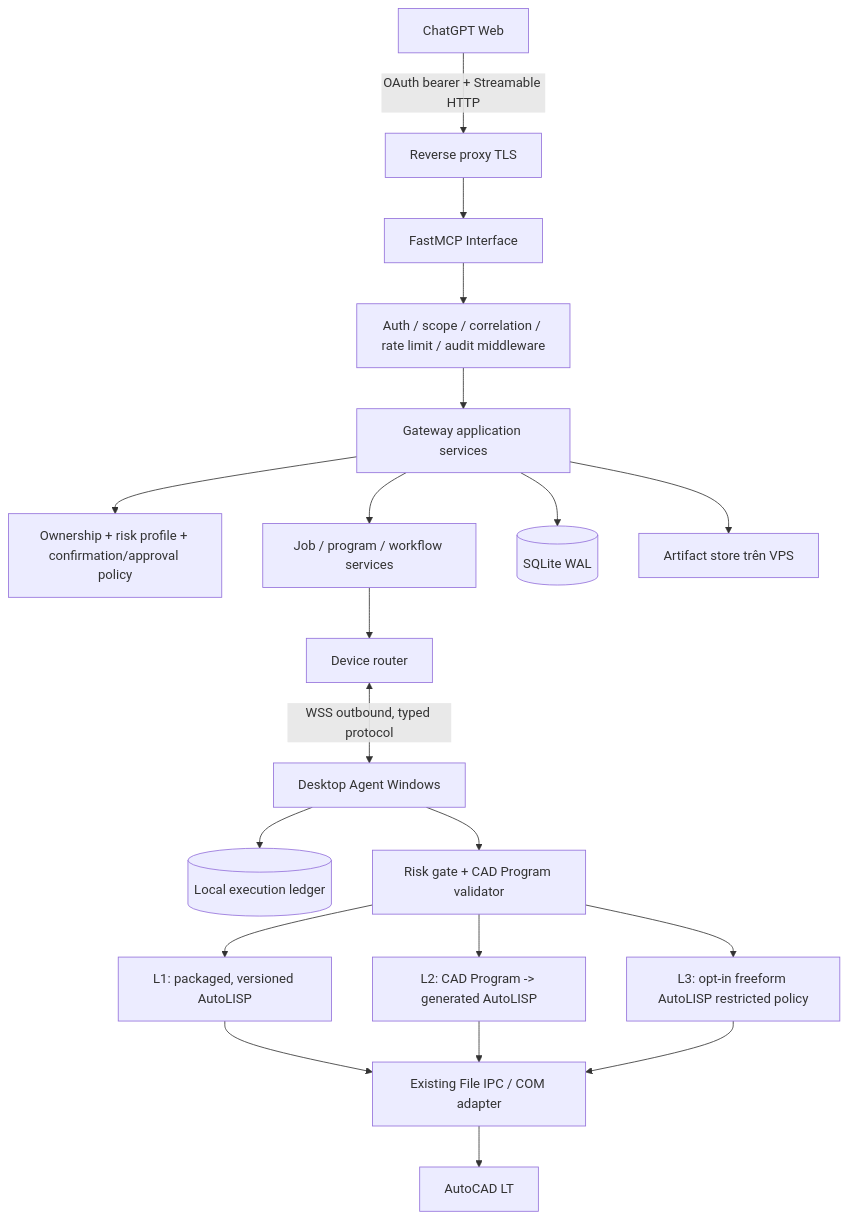
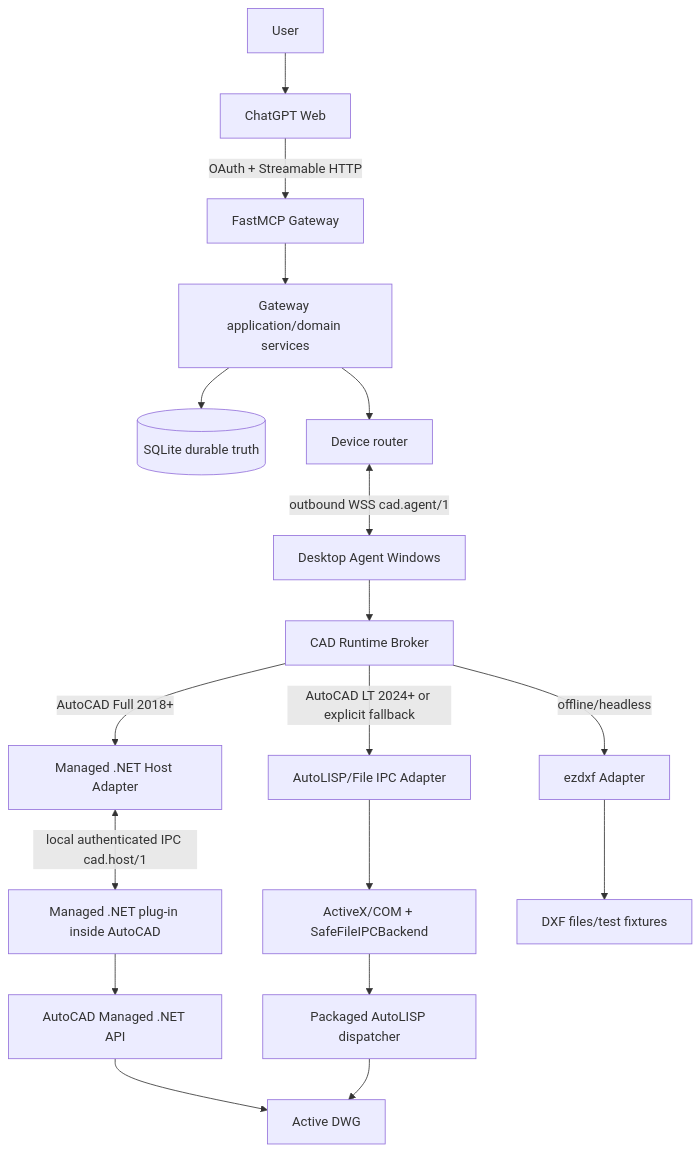
Before and after one commit to sontakmtp-cell/autocad-fastmcp: the second of 2 diagrams in docs/architecture/fastmcp-multi-user-autocad-plan.md, drawn with Mermaid. The commit also changed other lines of this file, not shown here.

Commit message:
docs: pivot architecture to Managed .NET primary runtime

````diff
--- a/docs/architecture/fastmcp-multi-user-autocad-plan.md
+++ b/docs/architecture/fastmcp-multi-user-autocad-plan.md
@@ -226,22 +204,22 @@
 ```mermaid
 flowchart TD
-    GPT["ChatGPT Web"] -->|"OAuth bearer + Streamable HTTP"| EDGE["Reverse proxy TLS"]
-    EDGE --> FM["FastMCP Interface"]
-    FM --> MW["Auth / scope / correlation / rate limit / audit middleware"]
-    MW --> APP["Gateway application services"]
-    APP --> AUTHZ["Ownership + risk profile + confirmation/approval policy"]
-    APP --> JOB["Job / program / workflow services"]
-    APP --> STORE[("SQLite WAL")]
-    APP --> ART["Artifact store trên VPS"]
-    JOB --> ROUTER["Device router"]
-    ROUTER <-->|"WSS outbound, typed protocol"| AGENT["Desktop Agent Windows"]
-    AGENT --> LEDGER[("Local execution ledger")]
-    AGENT --> VALID["Risk gate + CAD Program validator"]
-    VALID --> L1["L1: packaged, versioned AutoLISP"]
-    VALID --> COMP["L2: CAD Program -> generated AutoLISP"]
-    VALID --> L3["L3: opt-in freeform AutoLISP restricted policy"]
-    L1 --> IPC["Existing File IPC / COM adapter"]
-    COMP --> IPC
-    L3 --> IPC
-    IPC --> CAD["AutoCAD LT"]
+    U[User] --> GPT[ChatGPT Web]
+    GPT -->|OAuth + Streamable HTTP| FM[FastMCP Gateway]
+    FM --> APP[Gateway application/domain services]
+    APP --> DB[(SQLite durable truth)]
+    APP --> ROUTER[Device router]
+    ROUTER <-->|outbound WSS cad.agent/1| AGENT[Desktop Agent Windows]
+
+    AGENT --> BROKER[CAD Runtime Broker]
+    BROKER -->|AutoCAD Full 2018+| DOTNET[Managed .NET Host Adapter]
+    BROKER -->|AutoCAD LT 2024+ or explicit fallback| LISP[AutoLISP/File IPC Adapter]
+    BROKER -->|offline/headless| EZ[ezdxf Adapter]
+
+    DOTNET <-->|local authenticated IPC cad.host/1| PLUGIN[Managed .NET plug-in inside AutoCAD]
+    PLUGIN --> API[AutoCAD Managed .NET API]
+    LISP --> COM[ActiveX/COM + SafeFileIPCBackend]
+    COM --> DISP[Packaged AutoLISP dispatcher]
+    API --> DWG[Active DWG]
+    DISP --> DWG
+    EZ --> DXF[DXF files/test fixtures]
 ```
````
